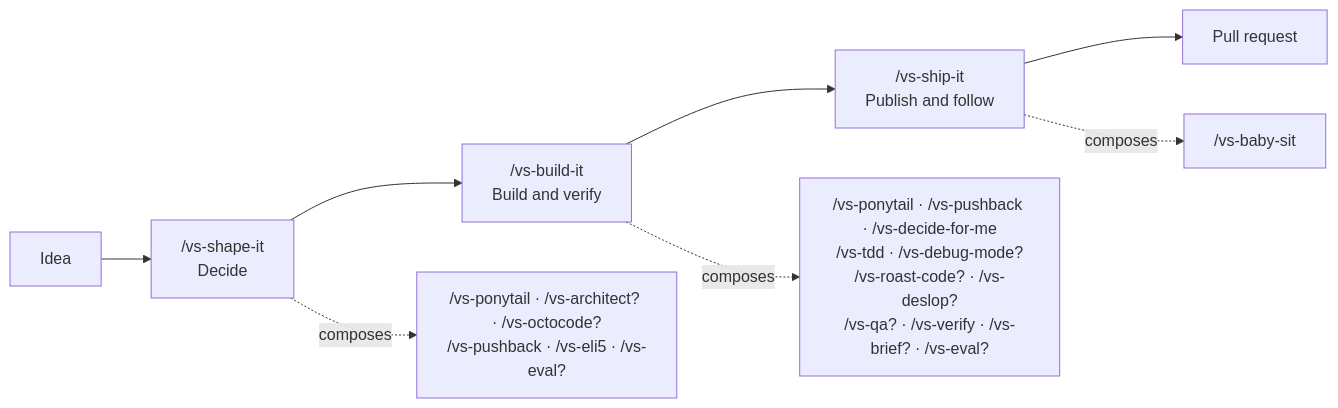
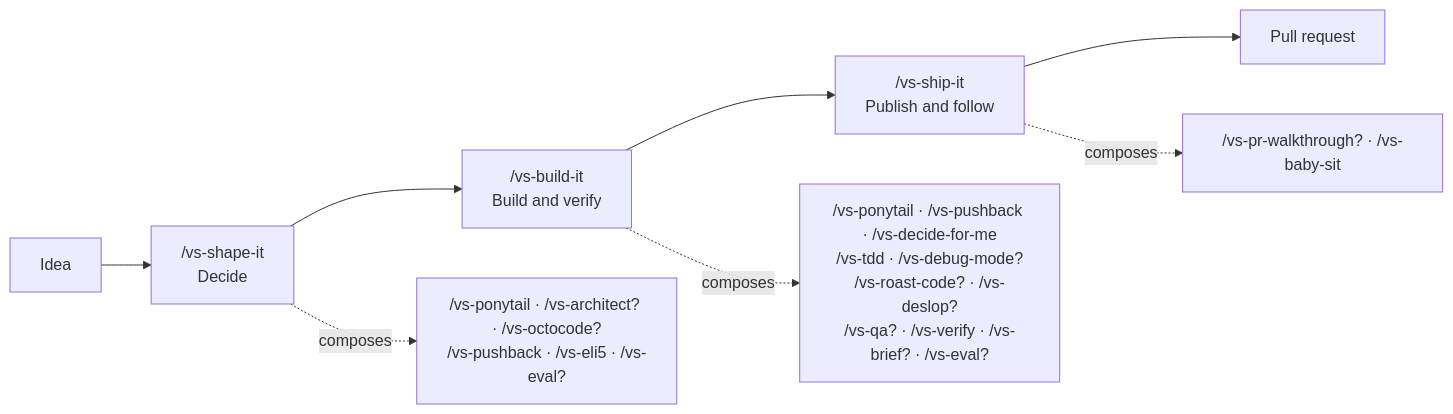
The first of 4 diagrams in README.md (vltansky/vs), drawn with Mermaid before and after one commit. The commit also changed other lines of this file and 10 other files, not shown here.

````diff
--- a/README.md
+++ b/README.md
@@ -34,10 +34,10 @@
 ```mermaid
 flowchart LR
     I[Idea] --> S["/vs-shape-it<br/>Decide"] --> B["/vs-build-it<br/>Build and verify"]
     B --> P["/vs-ship-it<br/>Publish and follow"]
     P --> O[Pull request]
 
     S -. composes .-> SC["/vs-ponytail · /vs-architect? · /vs-octocode?<br/>/vs-pushback · /vs-eli5 · /vs-eval?"]
     B -. composes .-> BC["/vs-ponytail · /vs-pushback · /vs-decide-for-me<br/>/vs-tdd · /vs-debug-mode?<br/>/vs-roast-code? · /vs-deslop?<br/>/vs-qa? · /vs-verify · /vs-brief? · /vs-eval?"]
-    P -. composes .-> PC["/vs-baby-sit"]
+    P -. composes .-> PC["/vs-pr-walkthrough? · /vs-baby-sit"]
 ```
````
